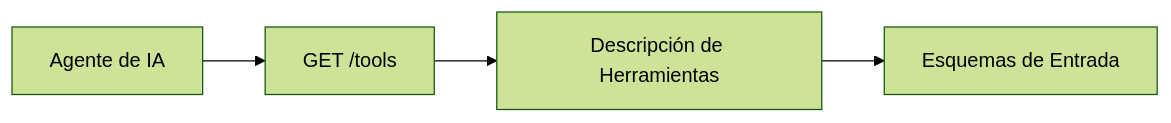
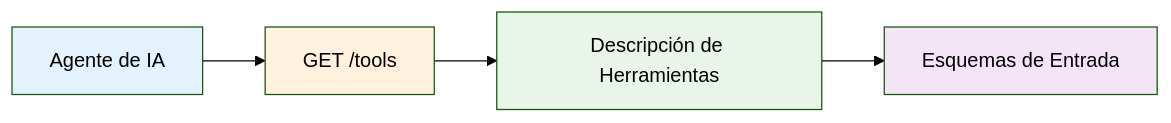
Before and after one commit to MauricioPerera/agent-tool-description-format: the first of 3 diagrams in docs/CONCEPTS.md, drawn with Mermaid (forest theme). The commit also changed other lines of this file and 14 other files, not shown here.

````diff
--- a/docs/CONCEPTS.md
+++ b/docs/CONCEPTS.md
@@ -114,6 +114,11 @@
 ```mermaid
-graph LR
+flowchart LR
     A[Agente de IA] --> B[GET /tools]
     B --> C[Descripción de Herramientas]
     C --> D[Esquemas de Entrada]
+    
+    style A fill:#e3f2fd
+    style B fill:#fff3e0
+    style C fill:#e8f5e8
+    style D fill:#f3e5f5
 ```
````
